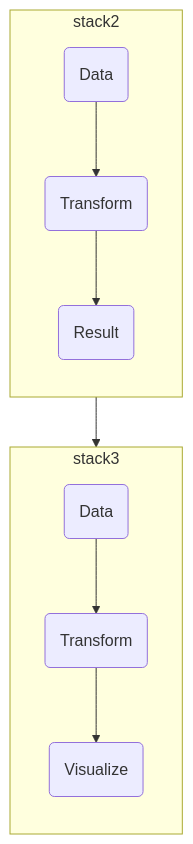
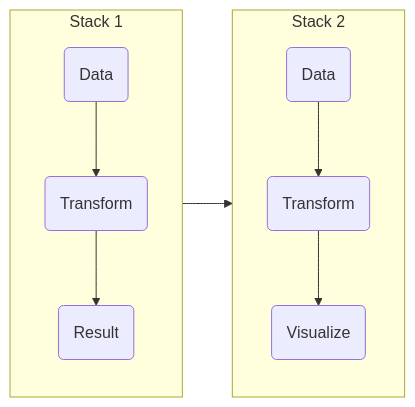
One commit to BristolMyersSquibb/useR2024 changed the fifth of 5 diagrams in index.qmd. Above: the diagram before and after it, drawn with Mermaid. The commit also changed other lines of this file and 1 other file, not shown here.

````diff
--- a/index.qmd
+++ b/index.qmd
@@ -338,19 +309,19 @@
 ```{mermaid}
 %%| mermaid-format: svg
-flowchart TD
-  subgraph stack2
-    direction TB
-    input_1(Data);
-    transform_1(Transform);
-    output_1(Result);
-    input_1 --> transform_1 --> output_1;
-  end
-  output_1 --> input_2
-  subgraph stack3
+flowchart LR
+  subgraph stack2[Stack 1]
     direction TB
     input_2(Data);
     transform_2(Transform);
-    output_2(Visualize);
+    output_2(Result);
     input_2 --> transform_2 --> output_2;
   end
+  stack2 --> stack3
+  subgraph stack3[Stack 2]
+    direction TB
+    input_3(Data);
+    transform_3(Transform);
+    output_3(Visualize);
+    input_3 --> transform_3 --> output_3;
+  end
 ```
````
